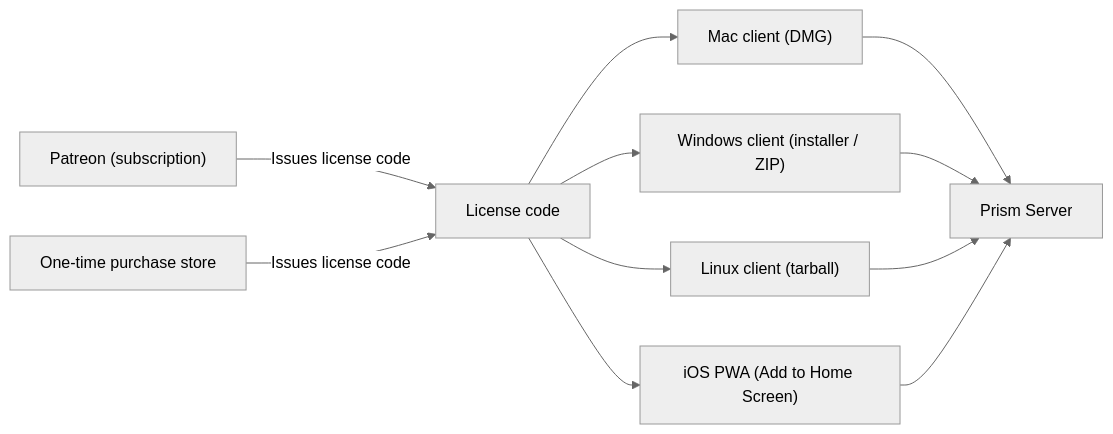
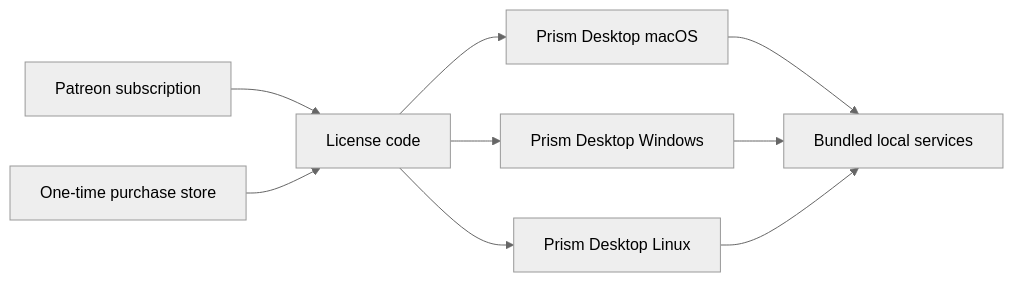
Before and after one commit to AureliusSoftworks/PRISM: the diagram in docs/distribution-model.md, drawn with Mermaid (neutral theme). The commit also changed other lines of this file and 24 other files, not shown here.

````diff
--- a/docs/distribution-model.md
+++ b/docs/distribution-model.md
@@ -16,13 +13,11 @@
 ```mermaid
 flowchart LR
-  Patreon["Patreon (subscription)"] -->|"Issues license code"| LicenseCode["License code"]
-  OneTimeStore["One-time purchase store"] -->|"Issues license code"| LicenseCode
-  LicenseCode --> Mac["Mac client (DMG)"]
-  LicenseCode --> Win["Windows client (installer / ZIP)"]
-  LicenseCode --> Linux["Linux client (tarball)"]
-  LicenseCode --> PWA["iOS PWA (Add to Home Screen)"]
-  Mac --> ServerApp["Prism Server"]
-  Win --> ServerApp
-  Linux --> ServerApp
-  PWA --> ServerApp
+  Patreon["Patreon subscription"] --> LicenseCode["License code"]
+  OneTime["One-time purchase store"] --> LicenseCode
+  LicenseCode --> MacDesktop["Prism Desktop macOS"]
+  LicenseCode --> WinDesktop["Prism Desktop Windows"]
+  LicenseCode --> LinuxDesktop["Prism Desktop Linux"]
+  MacDesktop --> LocalServices["Bundled local services"]
+  WinDesktop --> LocalServices
+  LinuxDesktop --> LocalServices
 ```
````
